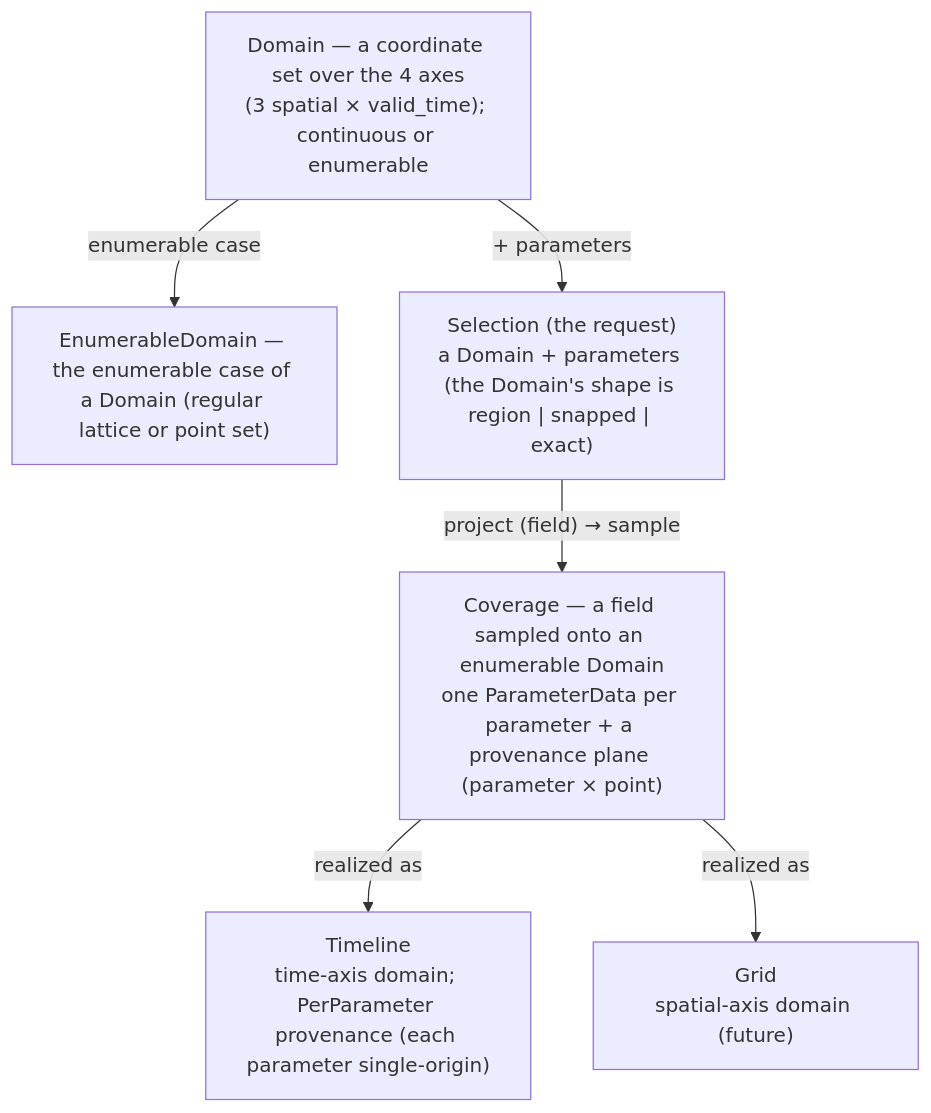
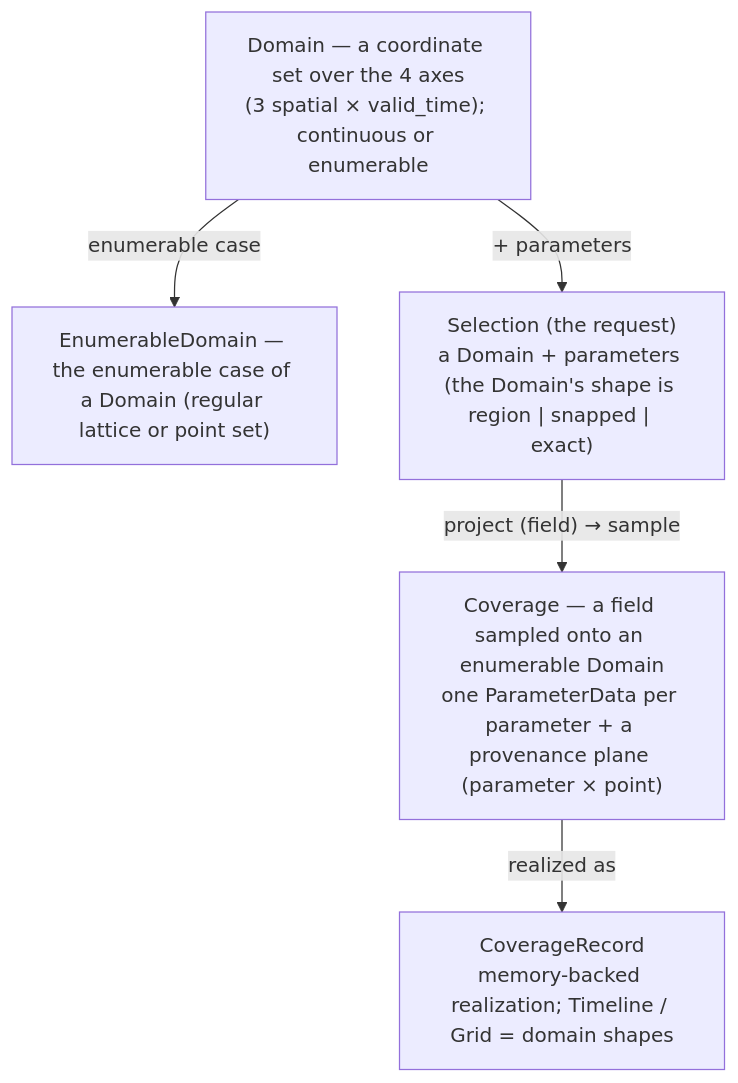
One commit to dveyarangi/meteoscape changed the second of 3 diagrams in docs/architecture.md. Above: the diagram before and after it, drawn with Mermaid. The commit also changed other lines of this file and 12 other files, not shown here.

First line of the commit message:
Land Phase B value types: domain behaviour, CoverageRecord, sampling crop.

````diff
--- a/docs/architecture.md
+++ b/docs/architecture.md
@@ -76,15 +76,13 @@
 ```mermaid
 flowchart TB
   DOMAIN["Domain — a coordinate set over the 4 axes<br/>(3 spatial × valid_time); continuous or enumerable"]
   GEOM["EnumerableDomain — the enumerable case of a Domain (regular lattice or point set)"]
   SEL["Selection (the request)<br/>a Domain + parameters (the Domain's shape is region | snapped | exact)"]
   COV["Coverage — a field sampled onto an enumerable Domain<br/>one ParameterData per parameter + a provenance plane (parameter × point)"]
-  TL["Timeline<br/>time-axis domain; PerParameter provenance (each parameter single-origin)"]
-  GRID["Grid<br/>spatial-axis domain (future)"]
+  TL["CoverageRecord<br/>memory-backed realization; Timeline / Grid = domain shapes"]
 
   DOMAIN -->|enumerable case| GEOM
   DOMAIN -->|+ parameters| SEL
   SEL -->|"project (field) → sample"| COV
   COV -->|realized as| TL
-  COV -->|realized as| GRID
 ```
````
